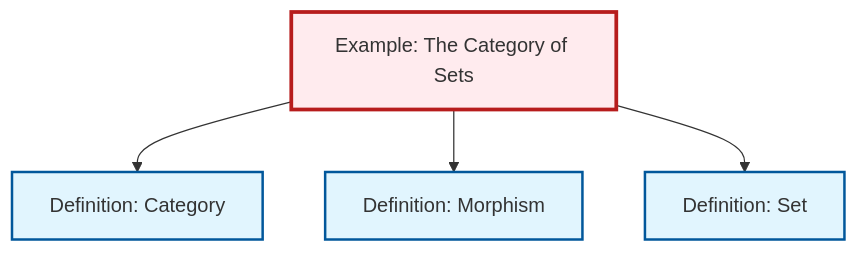
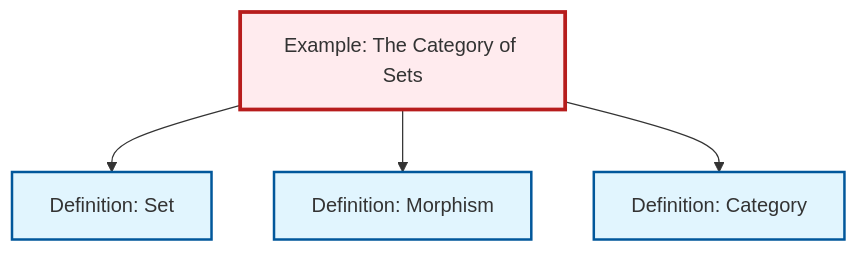
One commit to RK0429/ModernMath changed the diagram in content/ja/category-theory/ex-set-category.qmd. Above: the diagram before and after it, drawn with Mermaid. The commit also changed other lines of this file and 634 other files, not shown here.

````diff
--- a/content/ja/category-theory/ex-set-category.qmd
+++ b/content/ja/category-theory/ex-set-category.qmd
@@ -69,20 +69,20 @@
 ```{mermaid}
 %%| fig-cap: "Local dependency graph"
 graph TD
     classDef definition fill:#e1f5fe,stroke:#01579b,stroke-width:2px
     classDef theorem fill:#f3e5f5,stroke:#4a148c,stroke-width:2px
     classDef axiom fill:#fff3e0,stroke:#e65100,stroke-width:2px
     classDef example fill:#e8f5e9,stroke:#1b5e20,stroke-width:2px
     classDef current fill:#ffebee,stroke:#b71c1c,stroke-width:3px
     ex-set-category["Example: The Category of Sets"]:::example
+    def-category["Definition: Category"]:::definition
     def-morphism["Definition: Morphism"]:::definition
-    def-category["Definition: Category"]:::definition
     def-set["Definition: Set"]:::definition
+    ex-set-category --> def-set
+    ex-set-category --> def-morphism
     ex-set-category --> def-category
-    ex-set-category --> def-morphism
-    ex-set-category --> def-set
     class ex-set-category current
+    click def-category "def-category.html" "Definition: Categoryへ"
     click def-morphism "def-morphism.html" "Definition: Morphismへ"
-    click def-category "def-category.html" "Definition: Categoryへ"
     click def-set "def-set.html" "Definition: Setへ"
 ```
````
